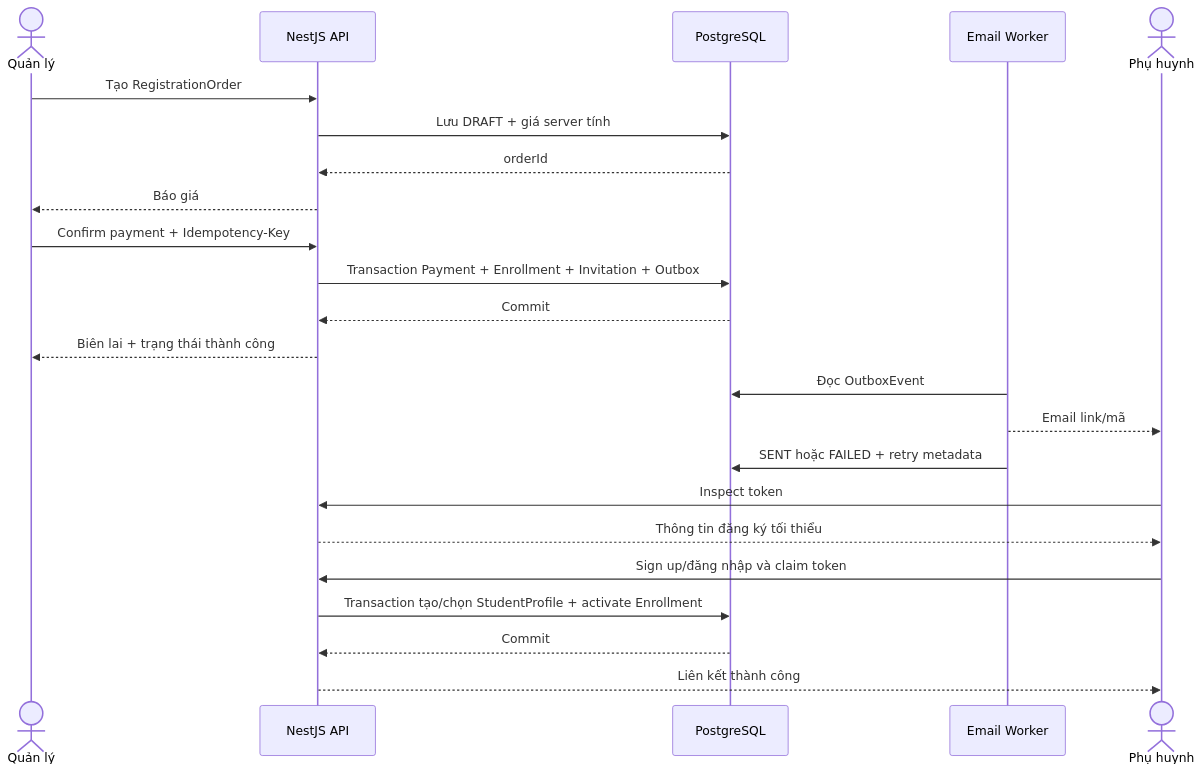
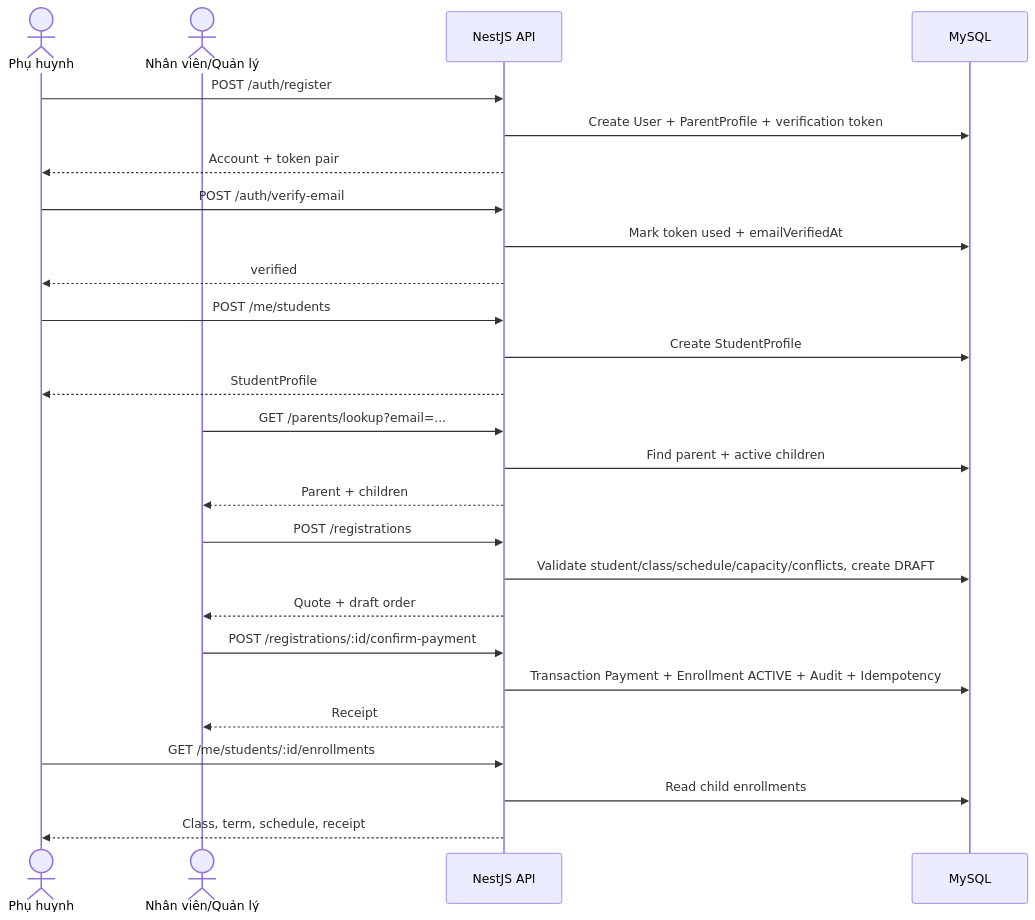
One commit to WDP301-SE1921/WDP301-BE-System changed the diagram in EDUGRADE_BACKEND_FLOW.md. Above: the diagram before and after it, drawn with Mermaid. The commit also changed other lines of this file and 16 other files, not shown here.

Commit message:
Implement parent registration flow

````diff
--- a/EDUGRADE_BACKEND_FLOW.md
+++ b/EDUGRADE_BACKEND_FLOW.md
@@ -466,29 +504,35 @@
 ```mermaid
 sequenceDiagram
-    actor M as Quản lý
+    actor P as Phụ huynh
+    actor S as Nhân viên/Quản lý
     participant API as NestJS API
-    participant DB as PostgreSQL
-    participant W as Email Worker
-    actor P as Phụ huynh
+    participant DB as MySQL
 
-    M->>API: Tạo RegistrationOrder
-    API->>DB: Lưu DRAFT + giá server tính
-    DB-->>API: orderId
-    API-->>M: Báo giá
+    P->>API: POST /auth/register
+    API->>DB: Create User + ParentProfile + verification token
+    API-->>P: Account + token pair
 
-    M->>API: Confirm payment + Idempotency-Key
-    API->>DB: Transaction Payment + Enrollment + Invitation + Outbox
-    DB-->>API: Commit
-    API-->>M: Biên lai + trạng thái thành công
+    P->>API: POST /auth/verify-email
+    API->>DB: Mark token used + emailVerifiedAt
+    API-->>P: verified
 
-    W->>DB: Đọc OutboxEvent
-    W-->>P: Email link/mã
-    W->>DB: SENT hoặc FAILED + retry metadata
+    P->>API: POST /me/students
+    API->>DB: Create StudentProfile
+    API-->>P: StudentProfile
 
-    P->>API: Inspect token
-    API-->>P: Thông tin đăng ký tối thiểu
-    P->>API: Sign up/đăng nhập và claim token
-    API->>DB: Transaction tạo/chọn StudentProfile + activate Enrollment
-    DB-->>API: Commit
-    API-->>P: Liên kết thành công
+    S->>API: GET /parents/lookup?email=...
+    API->>DB: Find parent + active children
+    API-->>S: Parent + children
+
+    S->>API: POST /registrations
+    API->>DB: Validate student/class/schedule/capacity/conflicts, create DRAFT
+    API-->>S: Quote + draft order
+
+    S->>API: POST /registrations/:id/confirm-payment
+    API->>DB: Transaction Payment + Enrollment ACTIVE + Audit + Idempotency
+    API-->>S: Receipt
+
+    P->>API: GET /me/students/:id/enrollments
+    API->>DB: Read child enrollments
+    API-->>P: Class, term, schedule, receipt
 ```
````
